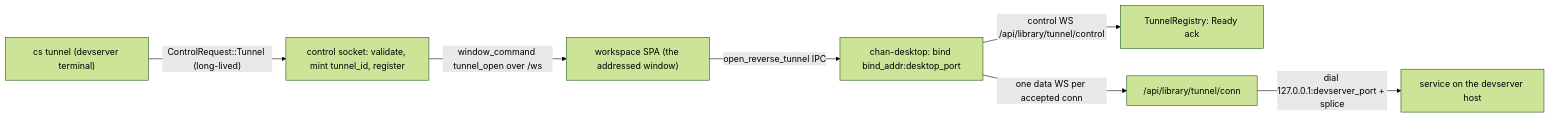
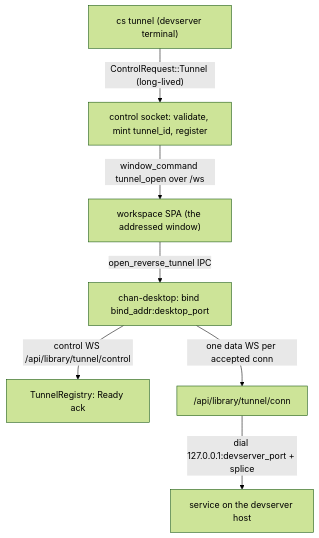
One commit to fiorix/chan changed the diagram in crates/chan-revtunnel/design.md. Above: the diagram before and after it, drawn with Mermaid (forest theme). The commit also changed 1 other file, not shown here.

Commit message:
docs: switch the systemd and revtunnel diagrams to top-down
Both rendered as one long left-to-right chain and ran off the readable
width on GitHub, so the right-hand nodes needed panning to read. The
systemd flow is eight nodes with a branch at the restart manifest, and
the revtunnel flow is six hops from the cs invocation to the service on
the devserver host; stacked top-down both fit the column.

Orientation only, no content or edge changes.

````diff
--- a/crates/chan-revtunnel/design.md
+++ b/crates/chan-revtunnel/design.md
@@ -13,9 +13,9 @@
 ```mermaid
-flowchart LR
+flowchart TB
   CS["cs tunnel (devserver terminal)"] -->|"ControlRequest::Tunnel (long-lived)"| SOCK["control socket: validate, mint tunnel_id, register"]
   SOCK -->|"window_command tunnel_open over /ws"| SPA["workspace SPA (the addressed window)"]
   SPA -->|"open_reverse_tunnel IPC"| DT["chan-desktop: bind bind_addr:desktop_port"]
   DT -->|"control WS /api/library/tunnel/control"| REG["TunnelRegistry: Ready ack"]
   DT -->|"one data WS per accepted conn"| CONN["/api/library/tunnel/conn"]
   CONN -->|"dial 127.0.0.1:devserver_port + splice"| SVC["service on the devserver host"]
 ```
````
